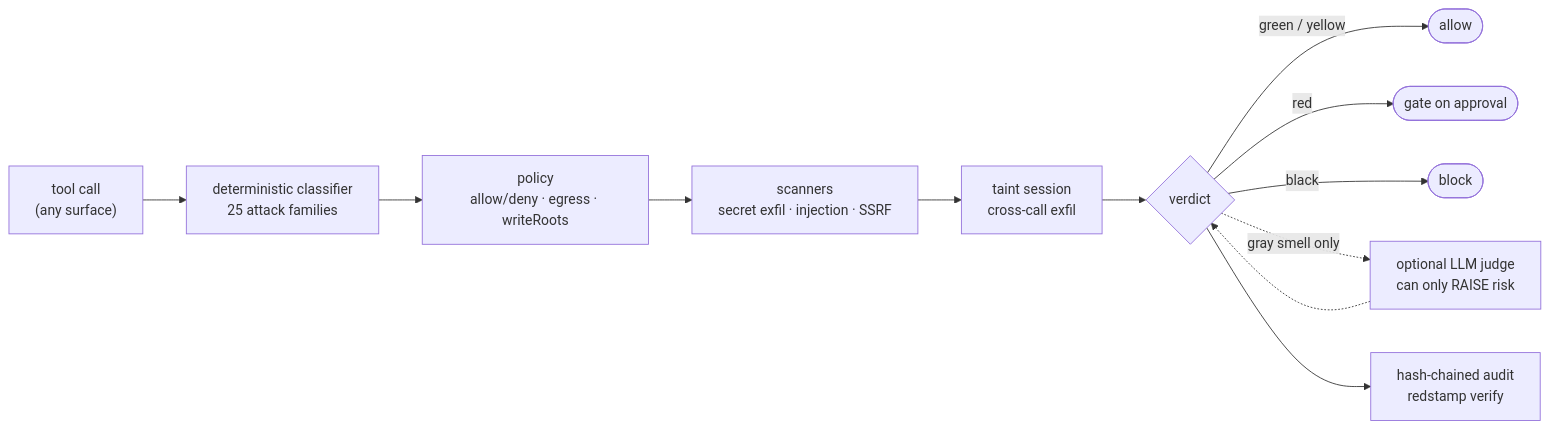
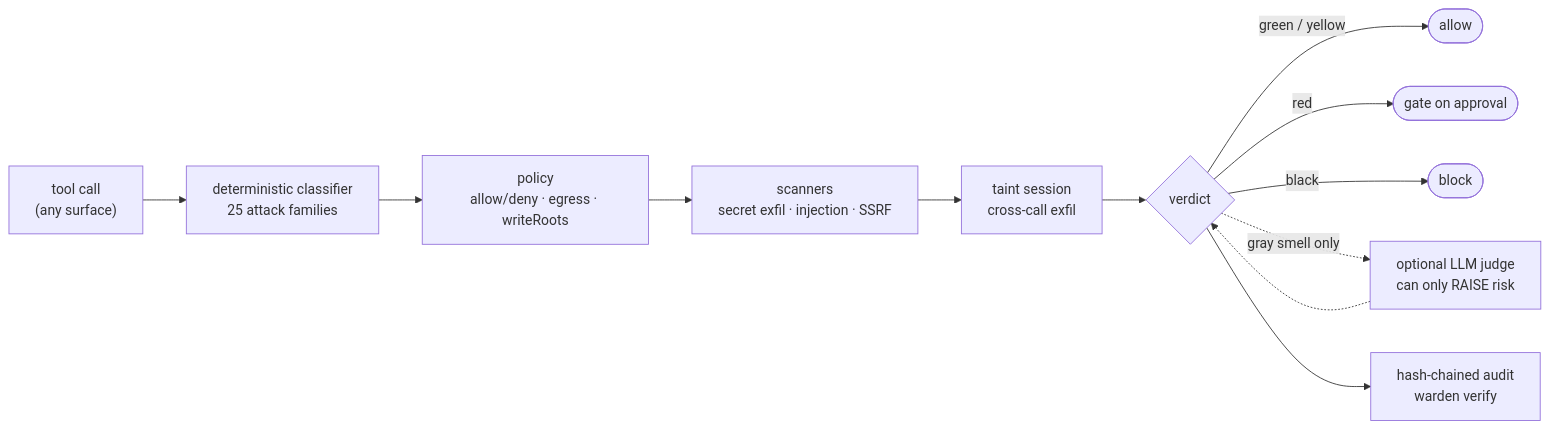
Before and after one commit to benoumessad-mohamed-el-amine/firewall-warden: the diagram in README.md, drawn with Mermaid. The commit also changed other lines of this file and 85 other files, not shown here.

Commit message:
refactor: rename and revert redstamp branding to warden

````diff
--- a/README.md
+++ b/README.md
@@ -99,14 +99,14 @@
 ```mermaid
 flowchart LR
     A["tool call<br/>(any surface)"] --> C["deterministic classifier<br/>25 attack families"]
     C --> P["policy<br/>allow/deny · egress · writeRoots"]
     P --> S["scanners<br/>secret exfil · injection · SSRF"]
     S --> T["taint session<br/>cross-call exfil"]
     T --> V{verdict}
     V -->|"green / yellow"| ALLOW([allow])
     V -->|red| GATE([gate on approval])
     V -->|black| BLOCK([block])
     V -.->|"gray smell only"| J["optional LLM judge<br/>can only RAISE risk"]
     J -.-> V
-    V --> AU["hash-chained audit<br/>redstamp verify"]
+    V --> AU["hash-chained audit<br/>warden verify"]
 ```
````
